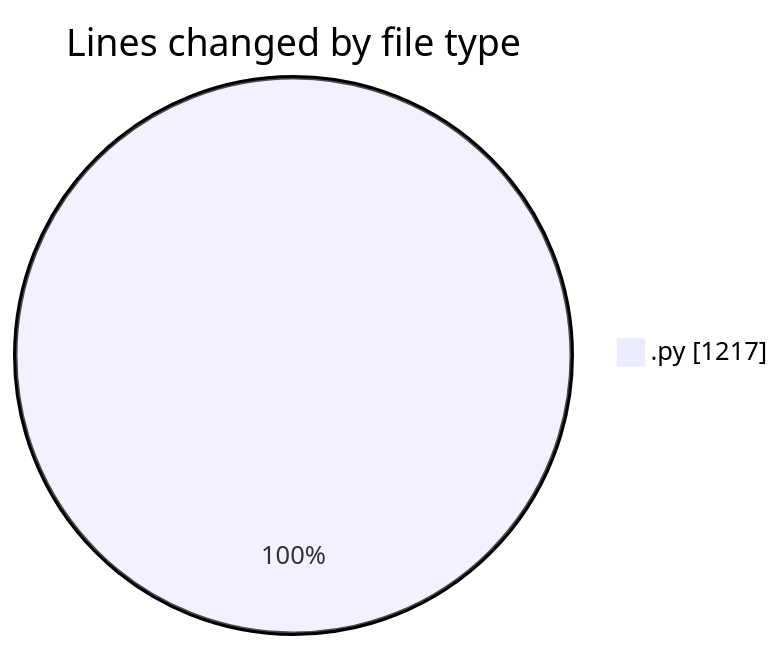
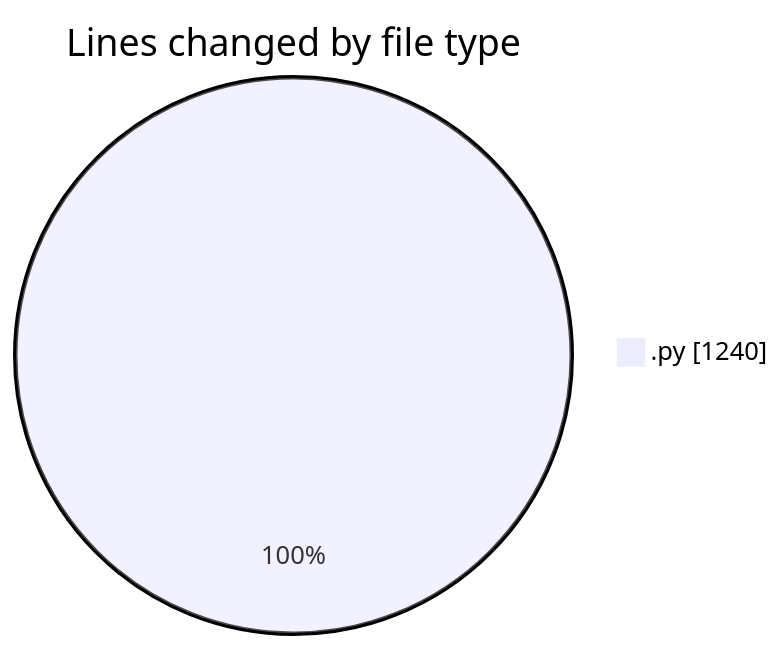
The first of 2 diagrams in 2025-03-26/myws__workspace_/README.md (MatusMokan/code-tracking), drawn with Mermaid before and after one commit. The commit also changed other lines of this file and 1 other file, not shown here.

````diff
--- a/2025-03-26/myws__workspace_/README.md
+++ b/2025-03-26/myws__workspace_/README.md
@@ -20,5 +20,5 @@
 ```mermaid
 pie showData
 title Lines changed by file type
-".py" : 1217
+".py" : 1240
 ```
````
